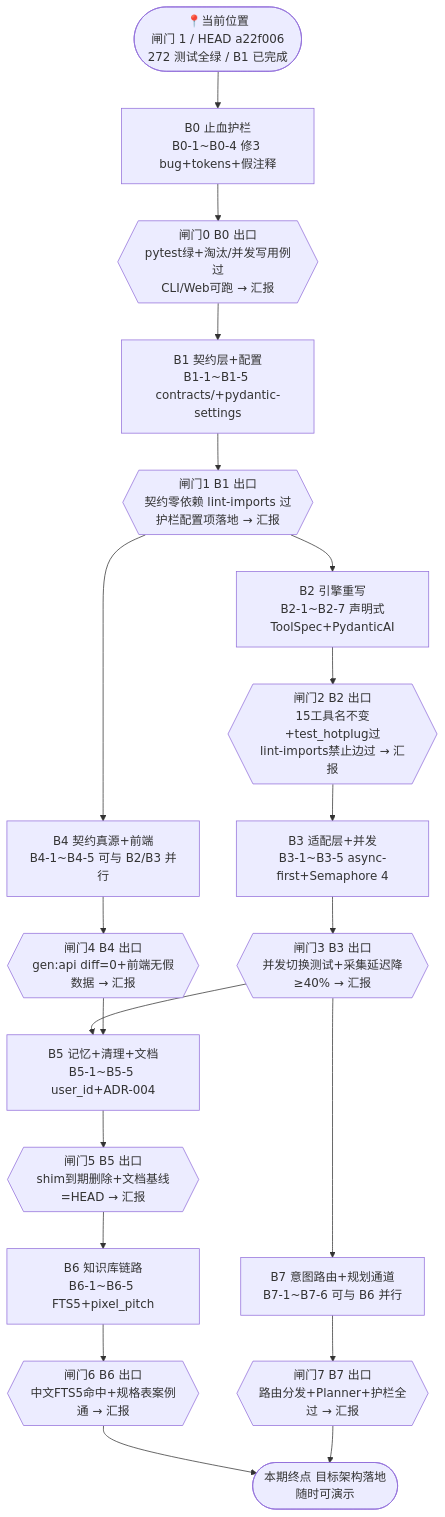
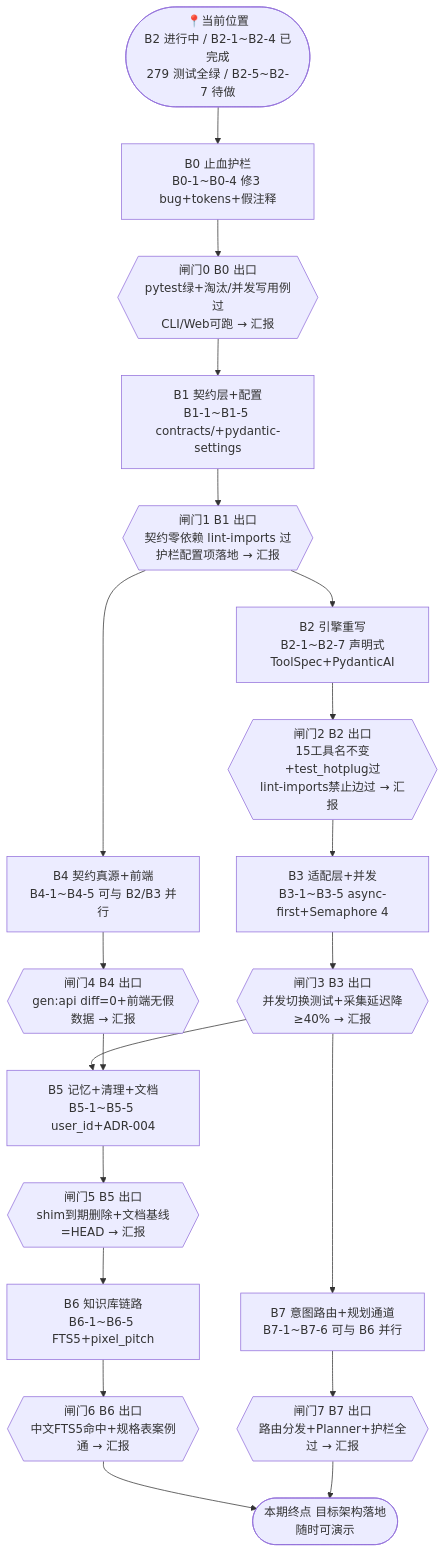
Before and after one commit to North-Q/LightTrail: the diagram in docs/codex-longterm-goal.md, drawn with Mermaid. The commit also changed other lines of this file and 2 other files, not shown here.

````diff
--- a/docs/codex-longterm-goal.md
+++ b/docs/codex-longterm-goal.md
@@ -24,23 +24,23 @@
 ```mermaid
 graph TD
-    S([📍当前位置<br/>闸门 1 / HEAD a22f006<br/>272 测试全绿 / B1 已完成]) --> B0
+    S([📍当前位置<br/>B2 进行中 / B2-1~B2-4 已完成<br/>279 测试全绿 / B2-5~B2-7 待做]) --> B0
 
     B0[B0 止血护栏<br/>B0-1~B0-4 修3 bug+tokens+假注释] --> G0{{闸门0 B0 出口<br/>pytest绿+淘汰/并发写用例过<br/>CLI/Web可跑 → 汇报}}
     G0 --> B1[B1 契约层+配置<br/>B1-1~B1-5 contracts/+pydantic-settings]
     B1 --> G1{{闸门1 B1 出口<br/>契约零依赖 lint-imports 过<br/>护栏配置项落地 → 汇报}}
     G1 --> B2[B2 引擎重写<br/>B2-1~B2-7 声明式ToolSpec+PydanticAI]
     G1 --> B4[B4 契约真源+前端<br/>B4-1~B4-5 可与 B2/B3 并行]
     B2 --> G2{{闸门2 B2 出口<br/>15工具名不变+test_hotplug过<br/>lint-imports禁止边过 → 汇报}}
     G2 --> B3[B3 适配层+并发<br/>B3-1~B3-5 async-first+Semaphore 4]
     B4 --> G4{{闸门4 B4 出口<br/>gen:api diff=0+前端无假数据 → 汇报}}
     B3 --> G3{{闸门3 B3 出口<br/>并发切换测试+采集延迟降≥40% → 汇报}}
     G3 --> B5[B5 记忆+清理+文档<br/>B5-1~B5-5 user_id+ADR-004]
     G4 --> B5
     B5 --> G5{{闸门5 B5 出口<br/>shim到期删除+文档基线=HEAD → 汇报}}
     G5 --> B6[B6 知识库链路<br/>B6-1~B6-5 FTS5+pixel_pitch]
     G3 --> B7[B7 意图路由+规划通道<br/>B7-1~B7-6 可与 B6 并行]
     B6 --> G6{{闸门6 B6 出口<br/>中文FTS5命中+规格表案例通 → 汇报}}
     B7 --> G7{{闸门7 B7 出口<br/>路由分发+Planner+护栏全过 → 汇报}}
     G6 --> Z([本期终点 目标架构落地<br/>随时可演示])
     G7 --> Z
 ```
````
